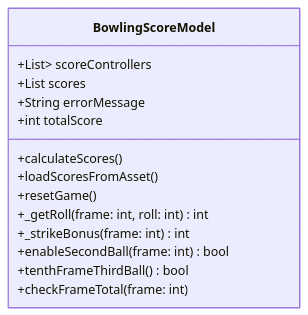
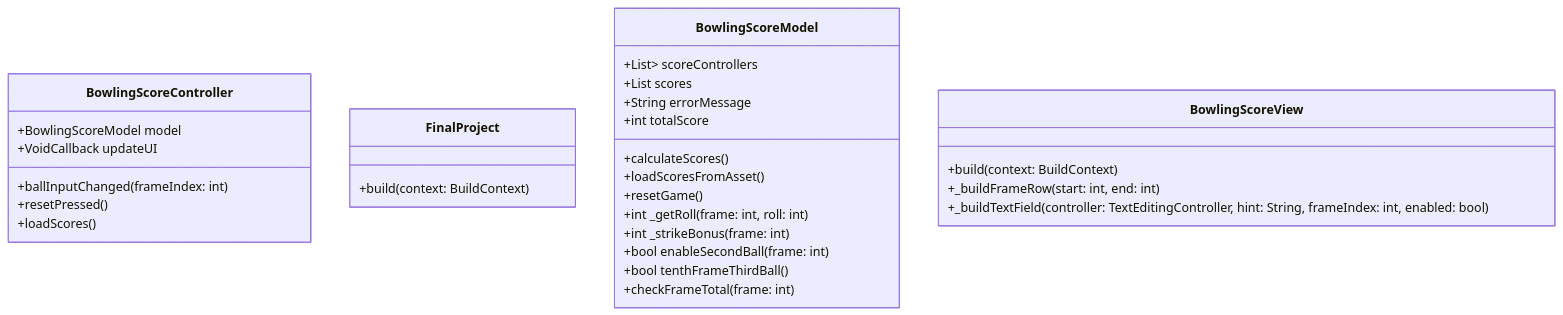
One commit to LelandJones/project changed the diagram in README.md. Above: the diagram before and after it, drawn with Mermaid.

````diff
--- a/README.md
+++ b/README.md
@@ -12,17 +12,37 @@
 ```mermaid
 classDiagram
+    class BowlingScoreController {
+        +BowlingScoreModel model
+        +VoidCallback updateUI
+        +ballInputChanged(frameIndex: int)
+        +resetPressed()
+        +loadScores()
+    }
+
+    class FinalProject {
+        +build(context: BuildContext)
+    }
+
     class BowlingScoreModel {
         +List<List<TextEditingController>> scoreControllers
         +List<int> scores
         +String errorMessage
         +calculateScores()
         +loadScoresFromAsset()
         +resetGame()
         +int totalScore
-        +_getRoll(frame: int, roll: int) int
-        +_strikeBonus(frame: int) int
-        +enableSecondBall(frame: int) bool
-        +tenthFrameThirdBall() bool
+        +int _getRoll(frame: int, roll: int)
+        +int _strikeBonus(frame: int)
+        +bool enableSecondBall(frame: int)
+        +bool tenthFrameThirdBall()
         +checkFrameTotal(frame: int)
     }
+
+    class BowlingScoreView {
+        +build(context: BuildContext)
+        +_buildFrameRow(start: int, end: int)
+        +_buildTextField(controller: TextEditingController, hint: String, frameIndex: int, enabled: bool)
+    }
+
+
 ```
````
